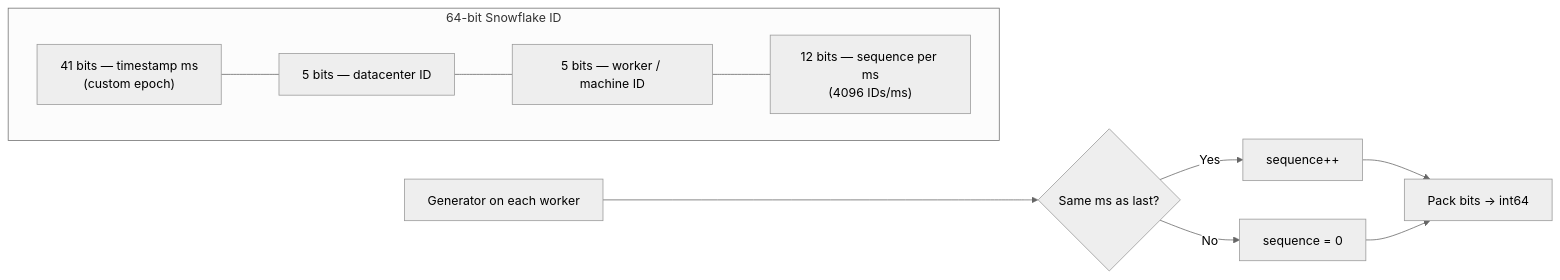
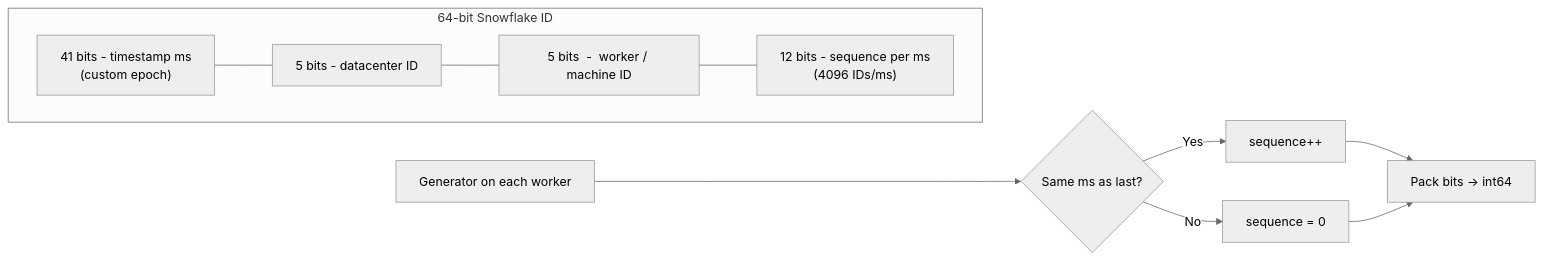
One commit to hareramcse/SystemDesign changed the fourth of 4 diagrams in 13-advanced-topics/README.md. Above: the diagram before and after it, drawn with Mermaid (neutral theme). The commit also changed other lines of this file and 16 other files, not shown here.

````diff
--- a/13-advanced-topics/README.md
+++ b/13-advanced-topics/README.md
@@ -425,16 +456,16 @@
 ```mermaid
 flowchart LR
     subgraph Snowflake["64-bit Snowflake ID"]
         direction LR
-        T["41 bits — timestamp ms\n(custom epoch)"]
-        DC["5 bits — datacenter ID"]
-        W["5 bits — worker / machine ID"]
-        S["12 bits — sequence per ms\n(4096 IDs/ms)"]
+        T["41 bits  -  timestamp ms\n(custom epoch)"]
+        DC["5 bits  -  datacenter ID"]
+        W["5 bits  -  worker / machine ID"]
+        S["12 bits  -  sequence per ms\n(4096 IDs/ms)"]
         T --- DC --- W --- S
     end
     Gen[Generator on each worker] --> Clock{Same ms as last?}
     Clock -->|Yes| Inc[sequence++]
     Clock -->|No| Reset[sequence = 0]
-    Inc --> Pack[Pack bits → int64]
+    Inc --> Pack[Pack bits -> int64]
     Reset --> Pack
 ```
````
